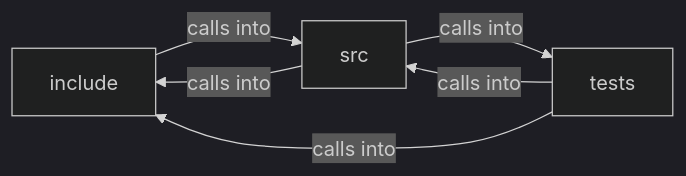
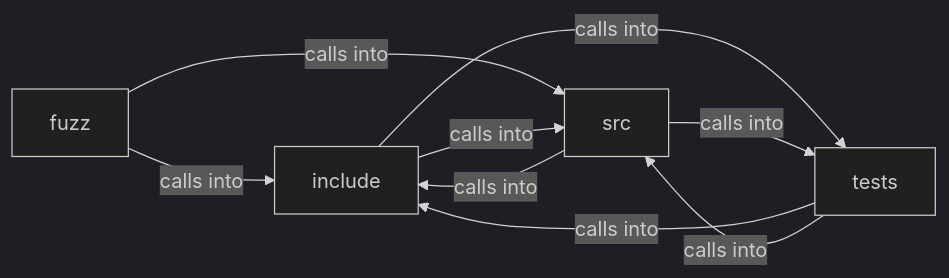
One commit to grisuno/FreeDom changed the diagram in readmenator-diagrams/src_tab.md. Above: the diagram before and after it, drawn with Mermaid (dark theme). The commit also changed other lines of this file and 244 other files, not shown here.

````diff
--- a/readmenator-diagrams/src_tab.md
+++ b/readmenator-diagrams/src_tab.md
@@ -5,11 +5,15 @@
 ```mermaid
 graph LR
+    fuzz["fuzz"]
     include["include"]
     src["src"]
     tests["tests"]
+    fuzz -- "calls into" --> include
+    fuzz -- "calls into" --> src
     include -- "calls into" --> src
+    include -- "calls into" --> tests
     src -- "calls into" --> include
     src -- "calls into" --> tests
     tests -- "calls into" --> include
     tests -- "calls into" --> src
 ```
````
